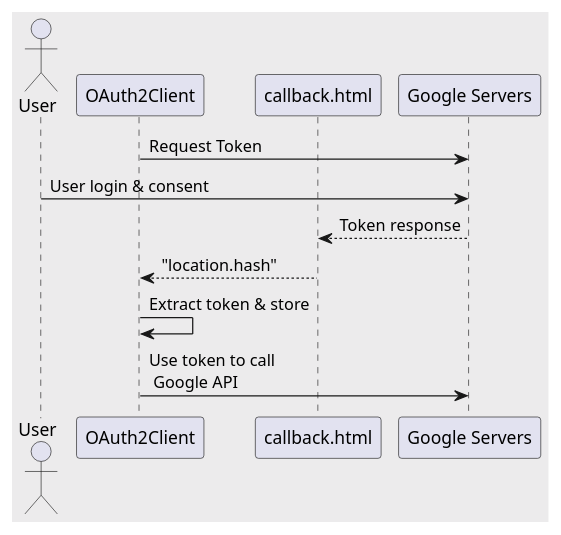
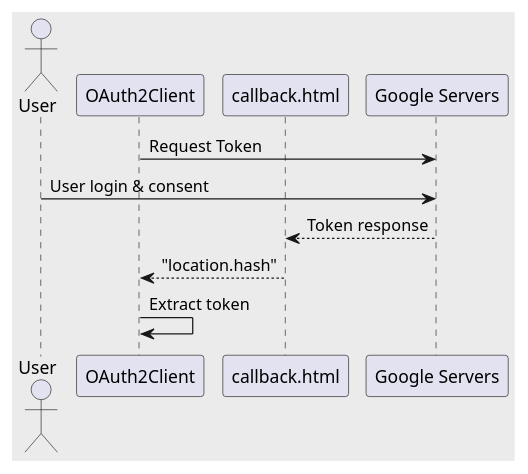
One commit to igorkurylenko/oauth2client-sample changed the diagram in src/main/java/com/igorkurilenko/gwt/samples/oauth2client/client/application/storeonclient/storeonclientflow.puml. Above: the diagram before and after it, drawn with PlantUML. The commit also changed 8 other files, not shown here.

```diff
--- a/src/main/java/com/igorkurilenko/gwt/samples/oauth2client/client/application/storeonclient/storeonclientflow.puml
+++ b/src/main/java/com/igorkurilenko/gwt/samples/oauth2client/client/application/storeonclient/storeonclientflow.puml
@@ -1,15 +1,15 @@
 @startuml
 skinparam backgroundColor #ECEBEC
 
 actor User as resowner
 participant "OAuth2Client" as client
 participant "callback.html" as callback
 participant "Google Servers" as provider
 
 client->provider: Request Token
 resowner->provider: User login & consent
 provider-->callback: Token response
 callback-->client: "location.hash"
-client->client: Extract token & store
-client->provider: Use token to call\n Google API
+client->client: Extract token
+
 @enduml
```
